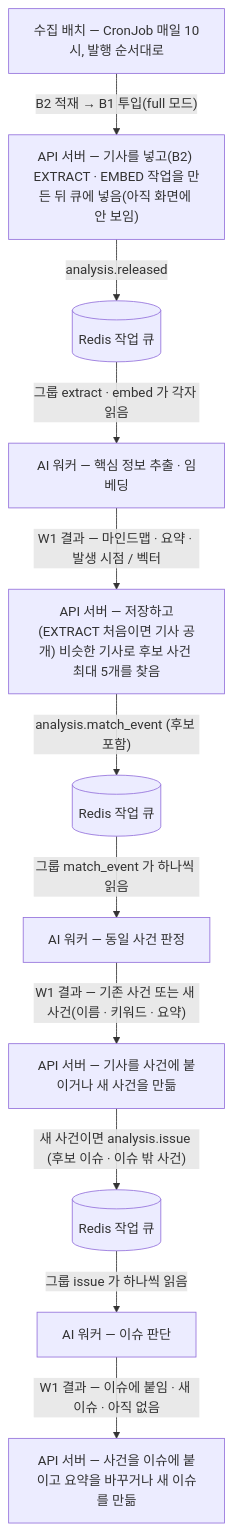
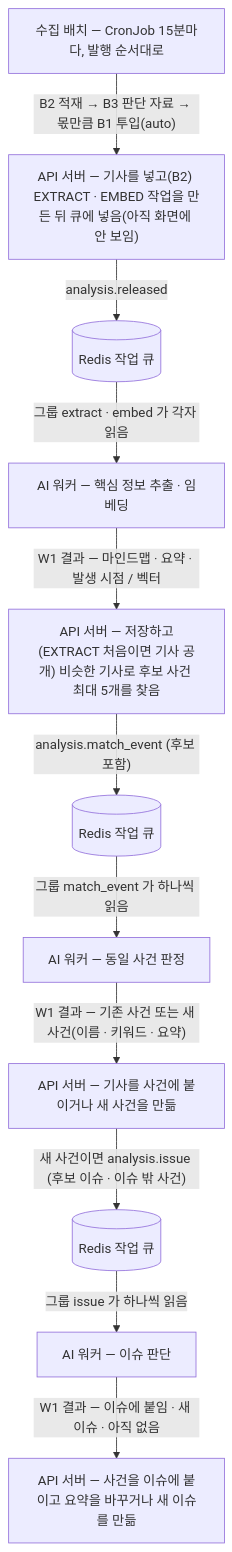
The first of 3 diagrams in docs/api-internal.md (a102-NEWLEARN/NEW-LEARN), drawn with Mermaid before and after one commit. The commit also changed other lines of this file and 16 other files, not shown here.

````diff
--- a/docs/api-internal.md
+++ b/docs/api-internal.md
@@ -21,13 +21,13 @@
 ```mermaid
 flowchart TD
-  B["수집 배치 — CronJob 매일 10시, 발행 순서대로"] -->|"B2 적재 → B1 투입(full 모드)"| A1["API 서버 — 기사를 넣고(B2) EXTRACT · EMBED 작업을 만든 뒤 큐에 넣음(아직 화면에 안 보임)"]
+  B["수집 배치 — CronJob 15분마다, 발행 순서대로"] -->|"B2 적재 → B3 판단 자료 → 몫만큼 B1 투입(auto)"| A1["API 서버 — 기사를 넣고(B2) EXTRACT · EMBED 작업을 만든 뒤 큐에 넣음(아직 화면에 안 보임)"]
   A1 -->|"analysis.released"| Q1[("Redis 작업 큐")]
   Q1 -->|"그룹 extract · embed 가 각자 읽음"| W1["AI 워커 — 핵심 정보 추출 · 임베딩"]
   W1 -->|"W1 결과 — 마인드맵 · 요약 · 발생 시점 / 벡터"| A2["API 서버 — 저장하고(EXTRACT 처음이면 기사 공개) 비슷한 기사로 후보 사건 최대 5개를 찾음"]
   A2 -->|"analysis.match_event (후보 포함)"| Q2[("Redis 작업 큐")]
   Q2 -->|"그룹 match_event 가 하나씩 읽음"| W2["AI 워커 — 동일 사건 판정"]
   W2 -->|"W1 결과 — 기존 사건 또는 새 사건(이름 · 키워드 · 요약)"| A3["API 서버 — 기사를 사건에 붙이거나 새 사건을 만듦"]
   A3 -->|"새 사건이면 analysis.issue (후보 이슈 · 이슈 밖 사건)"| Q3[("Redis 작업 큐")]
   Q3 -->|"그룹 issue 가 하나씩 읽음"| W3["AI 워커 — 이슈 판단"]
   W3 -->|"W1 결과 — 이슈에 붙임 · 새 이슈 · 아직 없음"| A4["API 서버 — 사건을 이슈에 붙이고 요약을 바꾸거나 새 이슈를 만듦"]
 ```
````
